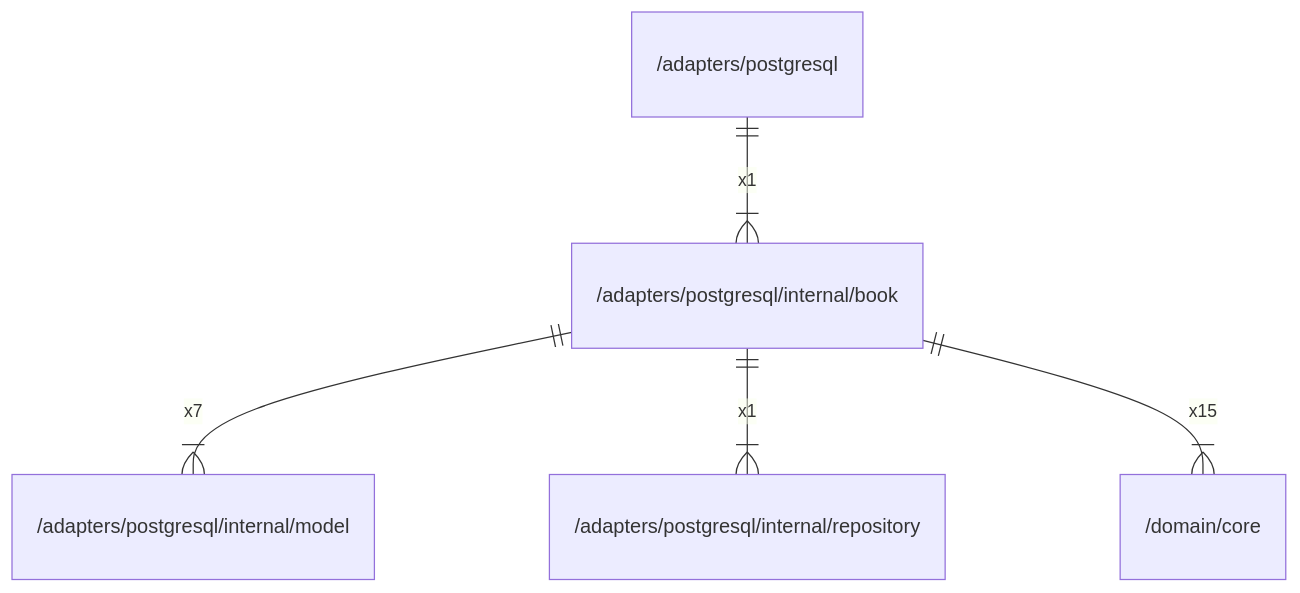
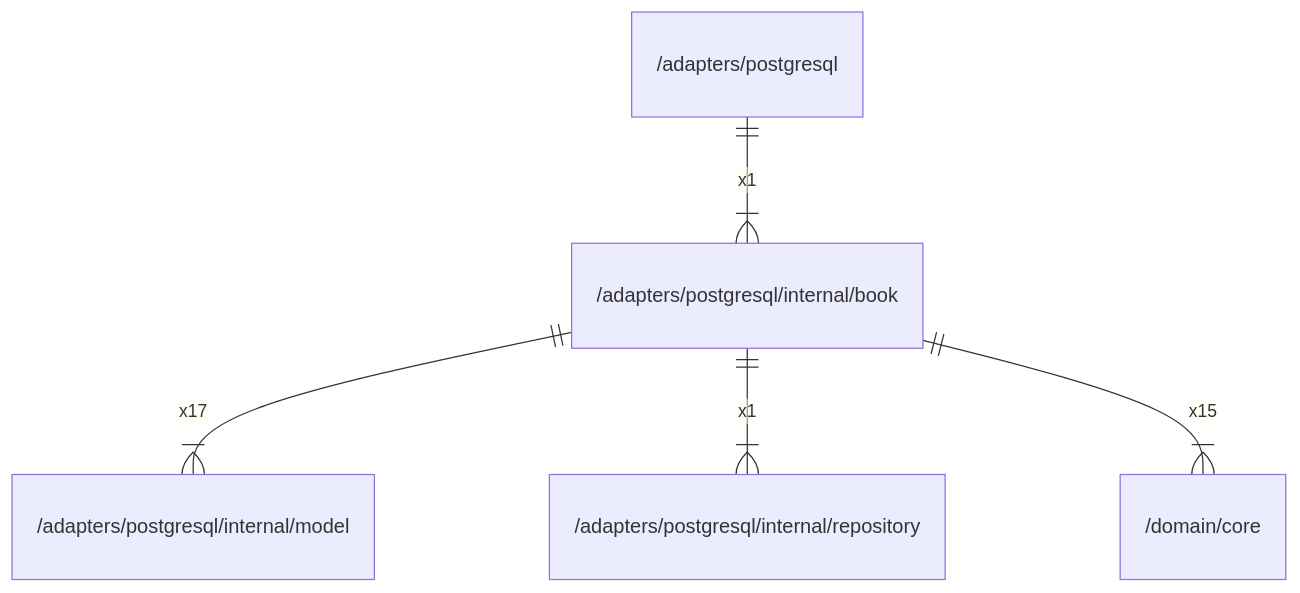
One commit to gbh007/hgraber-next changed the diagram in docs/arch/adapters/postgresql/internal/book.md. Above: the diagram before and after it, drawn with Mermaid. The commit also changed other lines of this file and 98 other files, not shown here.

````diff
--- a/docs/arch/adapters/postgresql/internal/book.md
+++ b/docs/arch/adapters/postgresql/internal/book.md
@@ -29,7 +41,7 @@
 ```mermaid
 erDiagram
     "/adapters/postgresql" ||--|{ "/adapters/postgresql/internal/book" : x1
-    "/adapters/postgresql/internal/book" ||--|{ "/adapters/postgresql/internal/model" : x7
+    "/adapters/postgresql/internal/book" ||--|{ "/adapters/postgresql/internal/model" : x17
     "/adapters/postgresql/internal/book" ||--|{ "/adapters/postgresql/internal/repository" : x1
     "/adapters/postgresql/internal/book" ||--|{ "/domain/core" : x15
 ```
````
